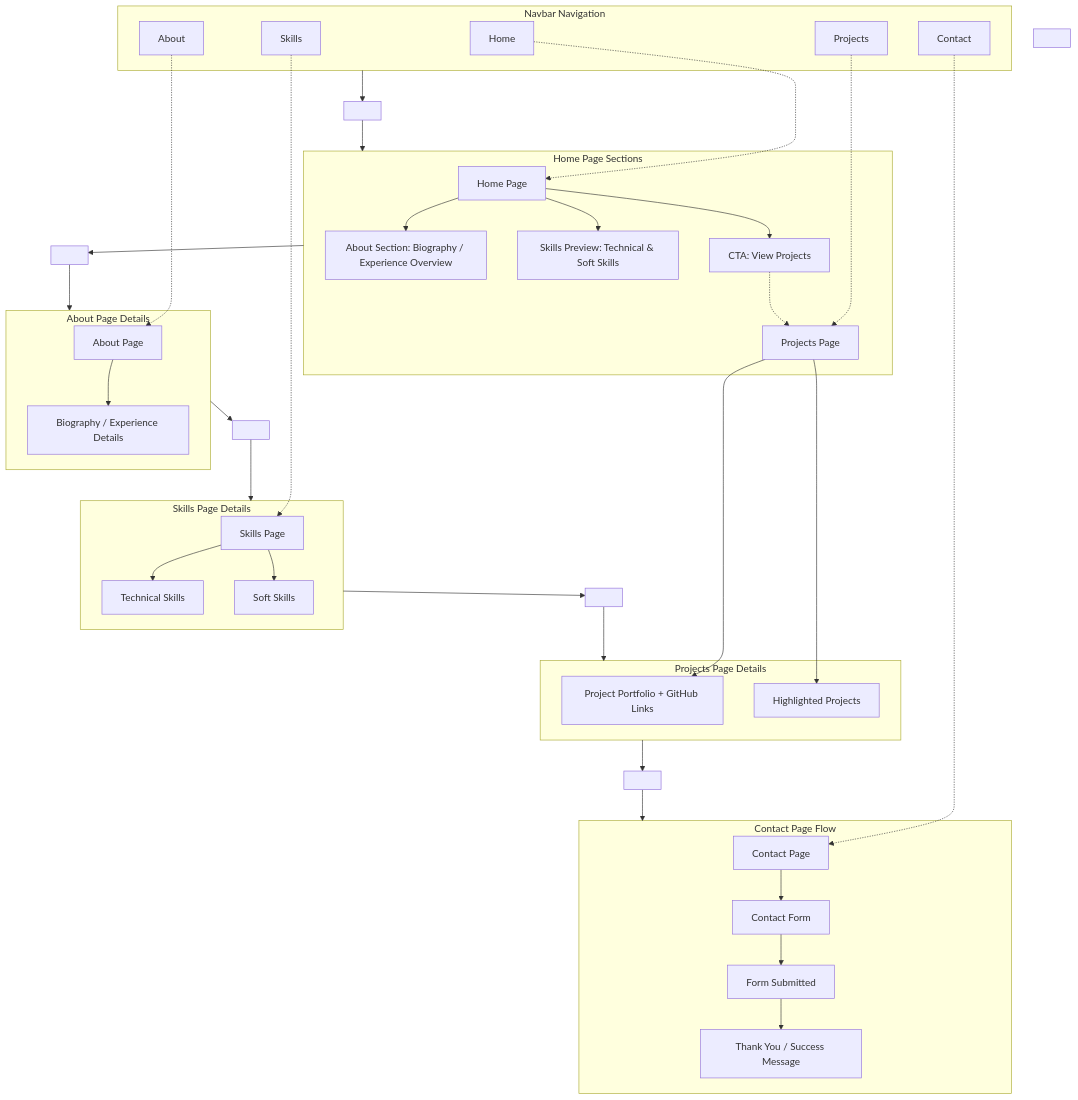
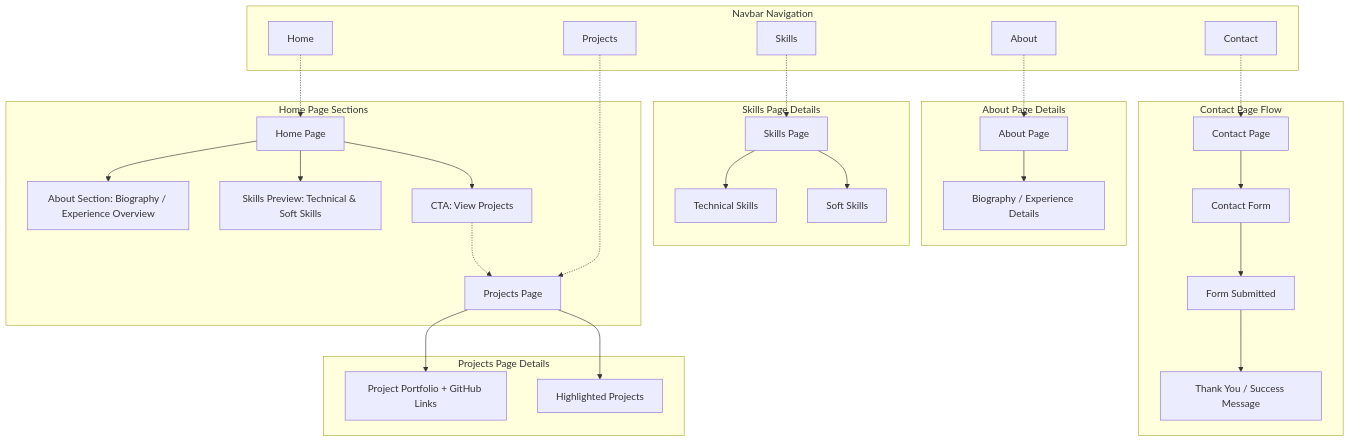
Before and after one commit to BENYEKHLEF-Anouar/Portfolio-developpeur: the diagram in Conception/diagram.mmd, drawn with Mermaid.

Commit message:
feat: add site architecture schema diagram

```diff
--- a/Conception/diagram.mmd
+++ b/Conception/diagram.mmd
@@ -1,67 +1,48 @@
 graph TD
     %% ===== NAVIGATION BAR =====
     subgraph NAVBAR [Navbar Navigation]
         A[Home]
         B[About]
         C[Skills]
         D[Projects]
         E[Contact]
     end
 
     %% ===== PAGE CONNECTIONS =====
     A -.-> A1[Home Page]
     B -.-> B1[About Page]
     C -.-> C1[Skills Page]
     D -.-> D1[Projects Page]
     E -.-> E1[Contact Page]
 
     %% ===== HOME PAGE SECTIONS =====
     subgraph HOME_PAGE [Home Page Sections]
         A1 --> H1[About Section: Biography / Experience Overview]
         A1 --> H2[Skills Preview: Technical & Soft Skills]
         A1 --> H3[CTA: View Projects]
         H3 -.-> D1
     end
 
     %% ===== ABOUT PAGE =====
     subgraph ABOUT_PAGE [About Page Details]
         B1 --> B2[Biography / Experience Details]
     end
 
     %% ===== SKILLS PAGE =====
     subgraph SKILLS_PAGE [Skills Page Details]
         C1 --> C2[Technical Skills]
         C1 --> C3[Soft Skills]
     end
 
     %% ===== PROJECTS PAGE =====
     subgraph PROJECTS_PAGE [Projects Page Details]
         D1 --> D2[Project Portfolio + GitHub Links]
         D1 --> D3[Highlighted Projects]
     end
 
     %% ===== CONTACT PAGE =====
     subgraph CONTACT_PAGE [Contact Page Flow]
         E1 --> E2[Contact Form]
         E2 --> E3[Form Submitted]
         E3 --> E4[Thank You / Success Message]
     end
-
-    %% ===== SPACING ENHANCEMENT VIA DUMMY NODES =====
-    dummy1[ ]
-    dummy2[ ]
-    dummy3[ ]
-    dummy4[ ]
-    dummy5[ ]
-    dummy6[ ]
-
-    NAVBAR --> dummy1
-    dummy1 --> HOME_PAGE
-    HOME_PAGE --> dummy2
-    dummy2 --> ABOUT_PAGE
-    ABOUT_PAGE --> dummy3
-    dummy3 --> SKILLS_PAGE
-    SKILLS_PAGE --> dummy4
-    dummy4 --> PROJECTS_PAGE
-    PROJECTS_PAGE --> dummy5
-    dummy5 --> CONTACT_PAGE
```
